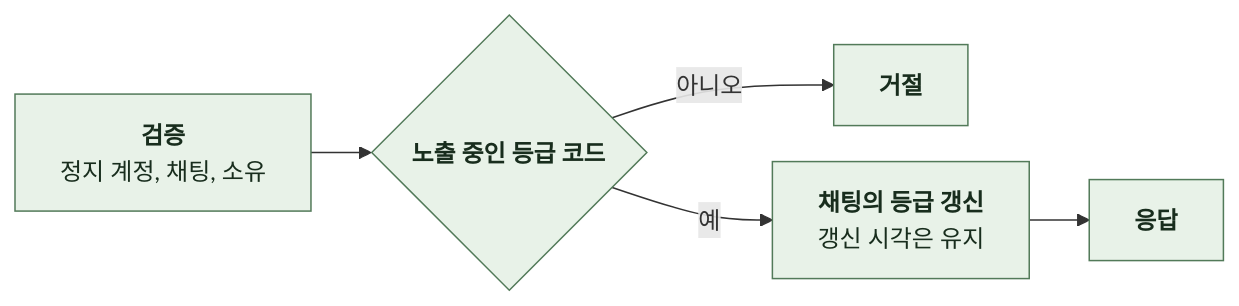
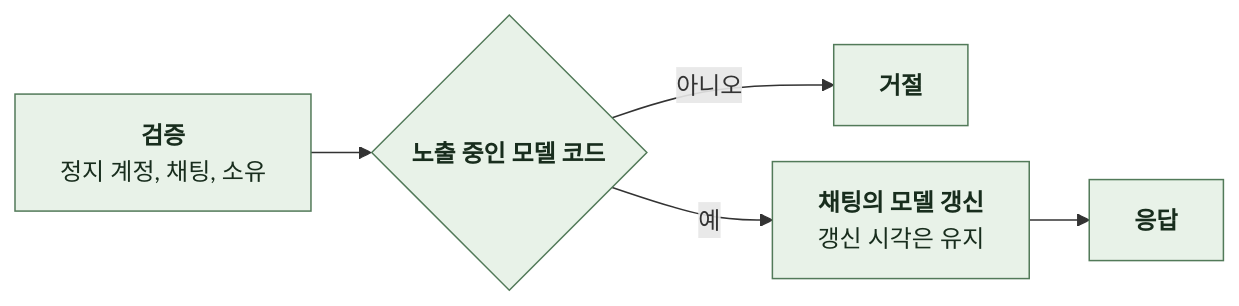
Diagram 15 of 15 in docs/domain/CHAT/BACKEND/4-1-PIPELINES.md (KIM-N-KANG/knk-harness), drawn with Mermaid before and after one commit. The commit also changed other lines of this file and 24 other files, not shown here.

````diff
--- a/docs/domain/CHAT/BACKEND/4-1-PIPELINES.md
+++ b/docs/domain/CHAT/BACKEND/4-1-PIPELINES.md
@@ -647,12 +647,12 @@
 ```mermaid
 %%{init: {"flowchart": {"curve": "basis", "nodeSpacing": 24, "rankSpacing": 40}}}%%
 flowchart LR
     A["`**검증**
-정지 계정, 채팅, 소유`"] --> B{"`**노출 중인 등급 코드**`"}
+정지 계정, 채팅, 소유`"] --> B{"`**노출 중인 모델 코드**`"}
     B -->|아니오| X["`**거절**`"]
-    B -->|예| C["`**채팅의 등급 갱신**
+    B -->|예| C["`**채팅의 모델 갱신**
 갱신 시각은 유지`"]
     C --> D["`**응답**`"]
     classDef comp fill:#E8F2E8,stroke:#527A59,color:#182D1D
     class A,B,X,C,D comp
 ```
````
